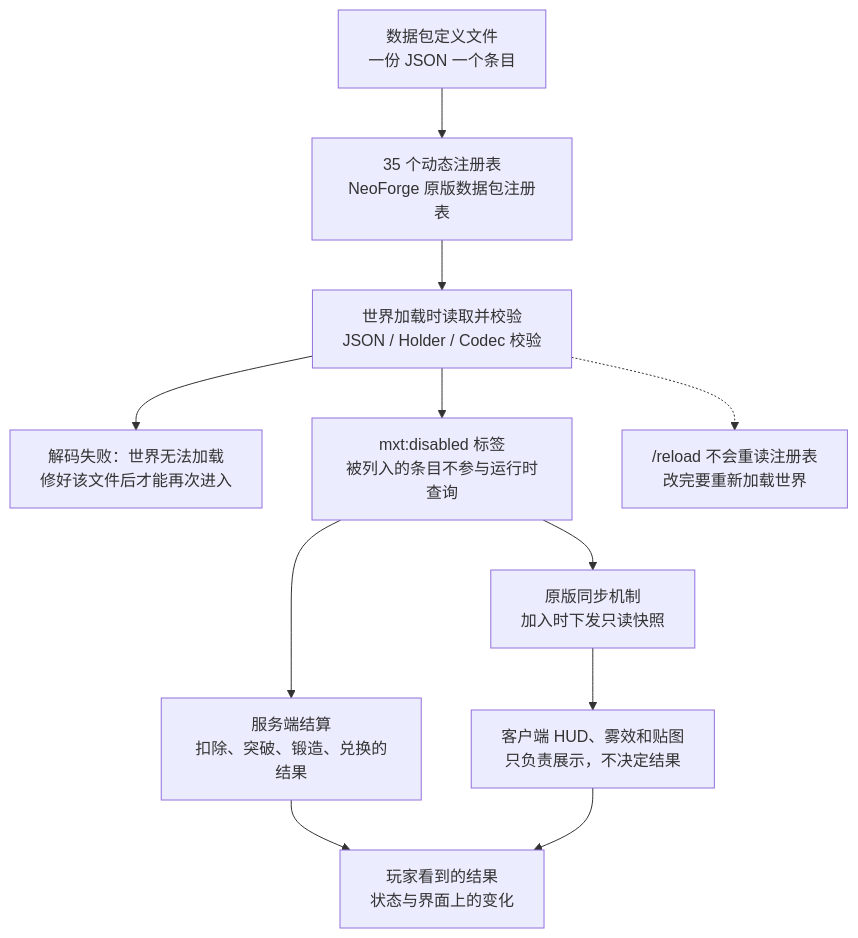
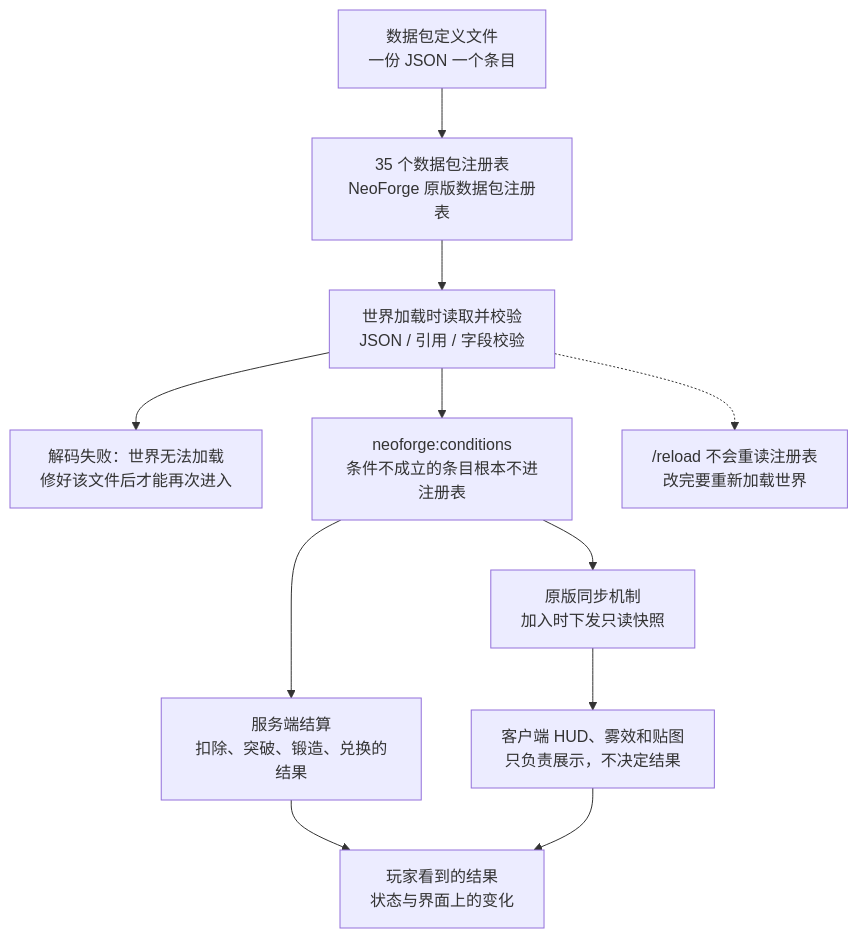
One commit to IAFEnvoy/mxt-docs changed the diagram in docs/datapack/overview.md. Above: the diagram before and after it, drawn with Mermaid. The commit also changed other lines of this file and 231 other files, not shown here.

````diff
--- a/docs/datapack/overview.md
+++ b/docs/datapack/overview.md
@@ -109,13 +116,13 @@
 ```mermaid
 flowchart TD
-    A["数据包定义文件<br/>一份 JSON 一个条目"] --> B["35 个动态注册表<br/>NeoForge 原版数据包注册表"]
-    B --> C["世界加载时读取并校验<br/>JSON / Holder / Codec 校验"]
+    A["数据包定义文件<br/>一份 JSON 一个条目"] --> B["35 个数据包注册表<br/>NeoForge 原版数据包注册表"]
+    B --> C["世界加载时读取并校验<br/>JSON / 引用 / 字段校验"]
     C --> D["解码失败：世界无法加载<br/>修好该文件后才能再次进入"]
-    C --> E["mxt:disabled 标签<br/>被列入的条目不参与运行时查询"]
+    C --> E["neoforge:conditions<br/>条件不成立的条目根本不进注册表"]
     E --> F["原版同步机制<br/>加入时下发只读快照"]
     E --> G["服务端结算<br/>扣除、突破、锻造、兑换的结果"]
     F --> H["客户端 HUD、雾效和贴图<br/>只负责展示，不决定结果"]
     G --> I["玩家看到的结果<br/>状态与界面上的变化"]
     H --> I
     C -.-> J["/reload 不会重读注册表<br/>改完要重新加载世界"]
 ```
````
